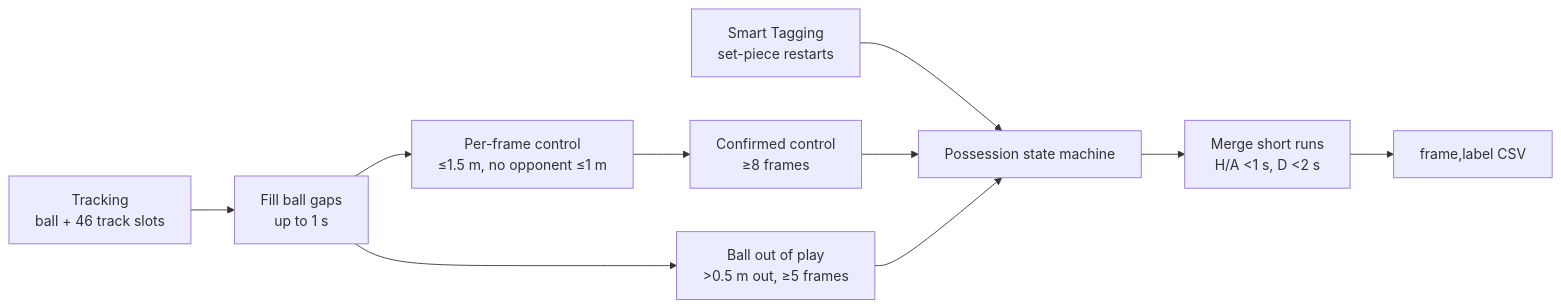
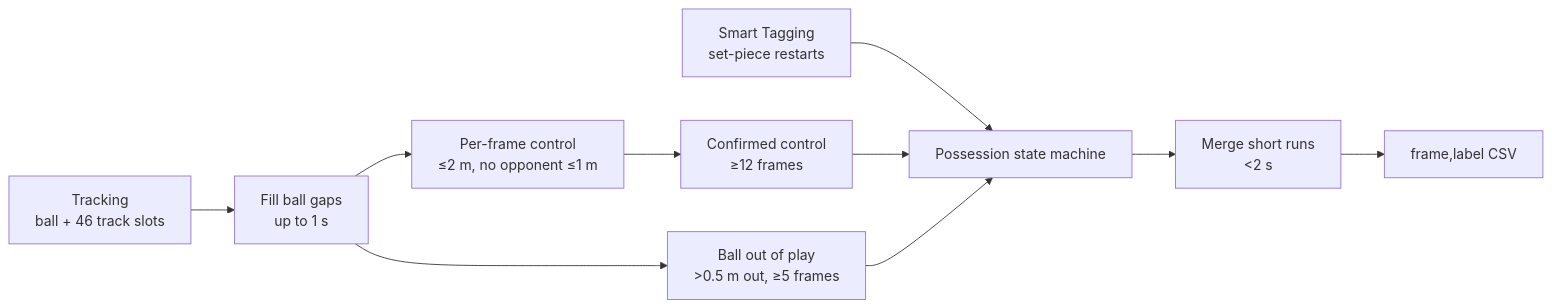
One commit to shanhtetsan/more-than-a-hack-2027 changed the diagram in README.md. Above: the diagram before and after it, drawn with Mermaid. The commit also changed other lines of this file and 9 other files, not shown here.

````diff
--- a/README.md
+++ b/README.md
@@ -26,12 +30,12 @@
 ```mermaid
 flowchart LR
     A[Tracking<br/>ball + 46 track slots] --> B[Fill ball gaps<br/>up to 1 s]
-    B --> C[Per-frame control<br/>≤1.5 m, no opponent ≤1 m]
-    C --> D[Confirmed control<br/>≥8 frames]
+    B --> C[Per-frame control<br/>≤2 m, no opponent ≤1 m]
+    C --> D[Confirmed control<br/>≥12 frames]
     E[Smart Tagging<br/>set-piece restarts] --> F
     B --> G[Ball out of play<br/>&gt;0.5 m out, ≥5 frames]
     D --> F[Possession state machine]
     G --> F
-    F --> H[Merge short runs<br/>H/A &lt;1 s, D &lt;2 s]
+    F --> H[Merge short runs<br/>&lt;2 s]
     H --> I[frame,label CSV]
 ```
````
